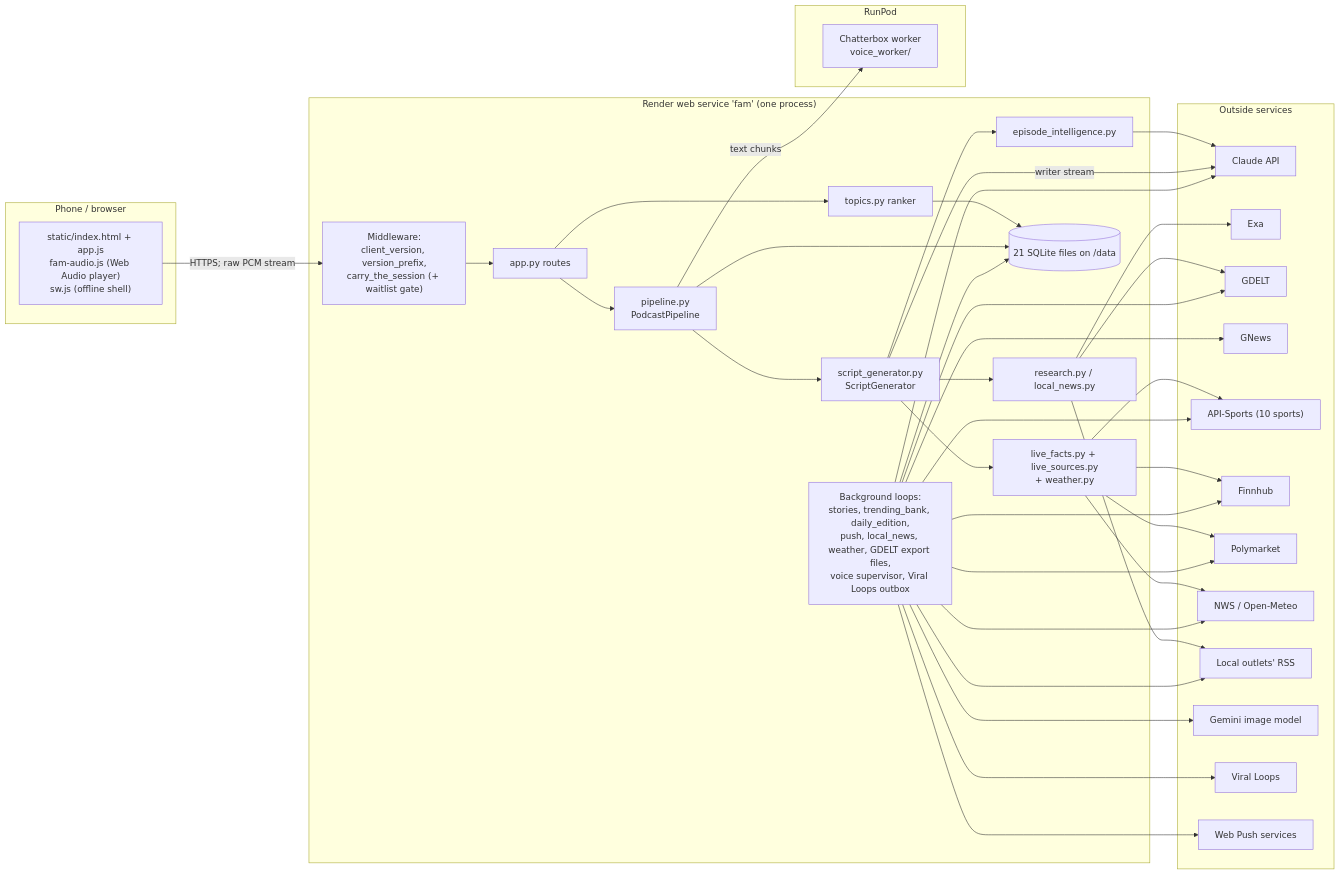
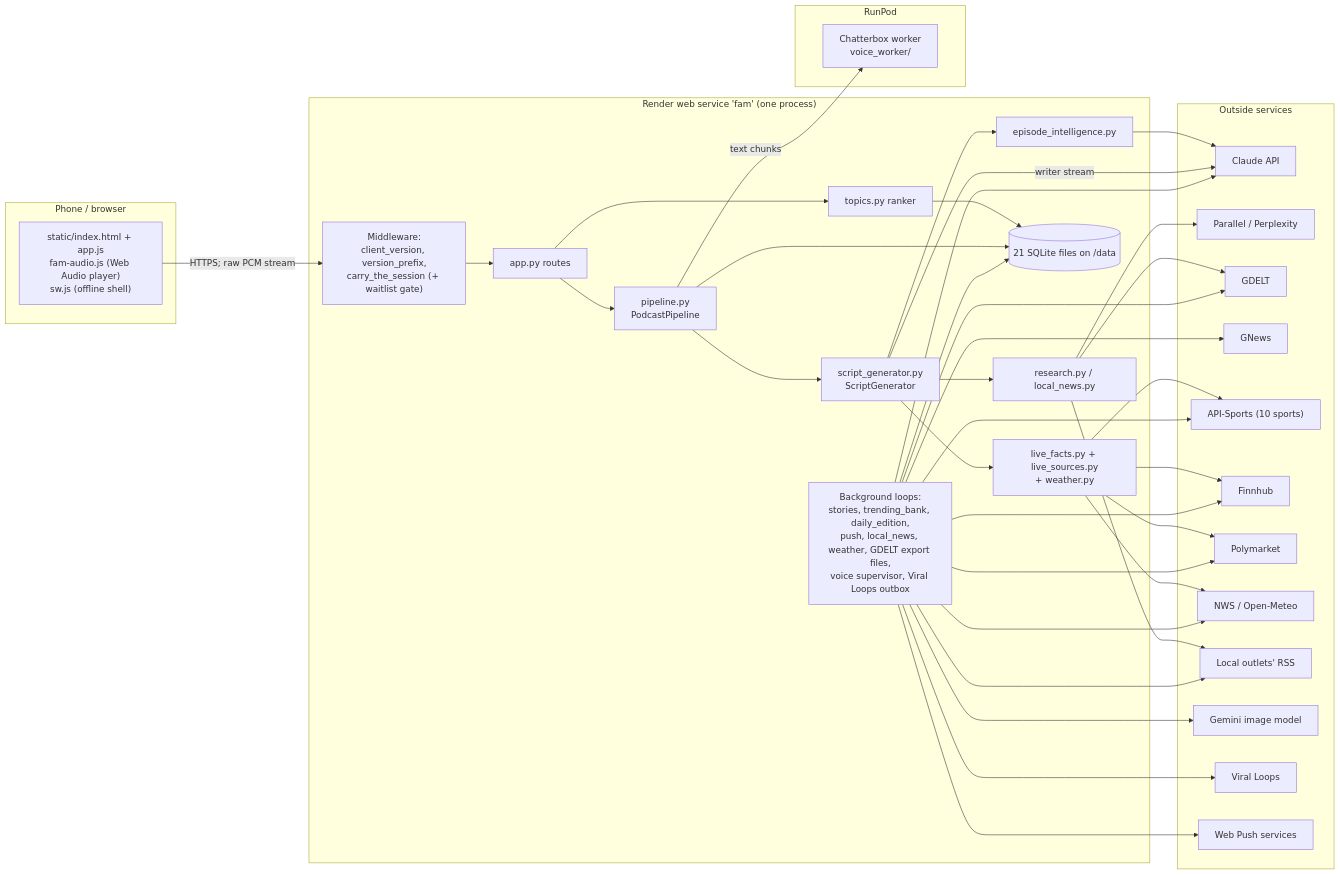
Before and after one commit to tjweingart-byte/FAM: the first of 5 diagrams in docs/BACKEND.md, drawn with Mermaid. The commit also changed other lines of this file and 74 other files, not shown here.

First line of the commit message:
Delete Exa; the search is Parallel, then Perplexity, then GDELT (§270)

````diff
--- a/docs/BACKEND.md
+++ b/docs/BACKEND.md
@@ -32,46 +32,46 @@
 ```mermaid
 flowchart LR
   subgraph Client["Phone / browser"]
     UI["static/index.html + app.js<br/>fam-audio.js (Web Audio player)<br/>sw.js (offline shell)"]
   end
   subgraph Render["Render web service 'fam' (one process)"]
     MW["Middleware:<br/>client_version, version_prefix,<br/>carry_the_session (+ waitlist gate)"]
     APP["app.py routes"]
     PIPE["pipeline.py<br/>PodcastPipeline"]
     GEN["script_generator.py<br/>ScriptGenerator"]
     EI["episode_intelligence.py"]
     RES["research.py / local_news.py"]
     LF["live_facts.py + live_sources.py<br/>+ weather.py"]
     RANK["topics.py ranker"]
     BG["Background loops:<br/>stories, trending_bank, daily_edition,<br/>push, local_news, weather, GDELT export files,<br/>voice supervisor, Viral Loops outbox"]
     DB[("21 SQLite files on /data")]
   end
   subgraph Ext["Outside services"]
     CL["Claude API"]
-    EXA["Exa"]
+    WEBS["Parallel / Perplexity"]
     GD["GDELT"]
     GN["GNews"]
     AS["API-Sports (10 sports)"]
     FH["Finnhub"]
     PM["Polymarket"]
     WX["NWS / Open-Meteo"]
     FEEDS["Local outlets' RSS"]
     GEM["Gemini image model"]
     VL["Viral Loops"]
     WP["Web Push services"]
   end
   subgraph RunPod
     TTS["Chatterbox worker<br/>voice_worker/"]
   end
   UI -- "HTTPS; raw PCM stream" --> MW --> APP
   APP --> PIPE --> GEN
   GEN --> EI --> CL
-  GEN --> RES --> EXA & GD & FEEDS
+  GEN --> RES --> WEBS & GD & FEEDS
   GEN --> LF --> AS & FH & PM & WX
   GEN -- "writer stream" --> CL
   PIPE -- "text chunks" --> TTS
   APP --> RANK --> DB
   PIPE --> DB
   BG --> CL & GN & GD & AS & FH & PM & WX & FEEDS & GEM & VL & WP
   BG --> DB
 ```
````
